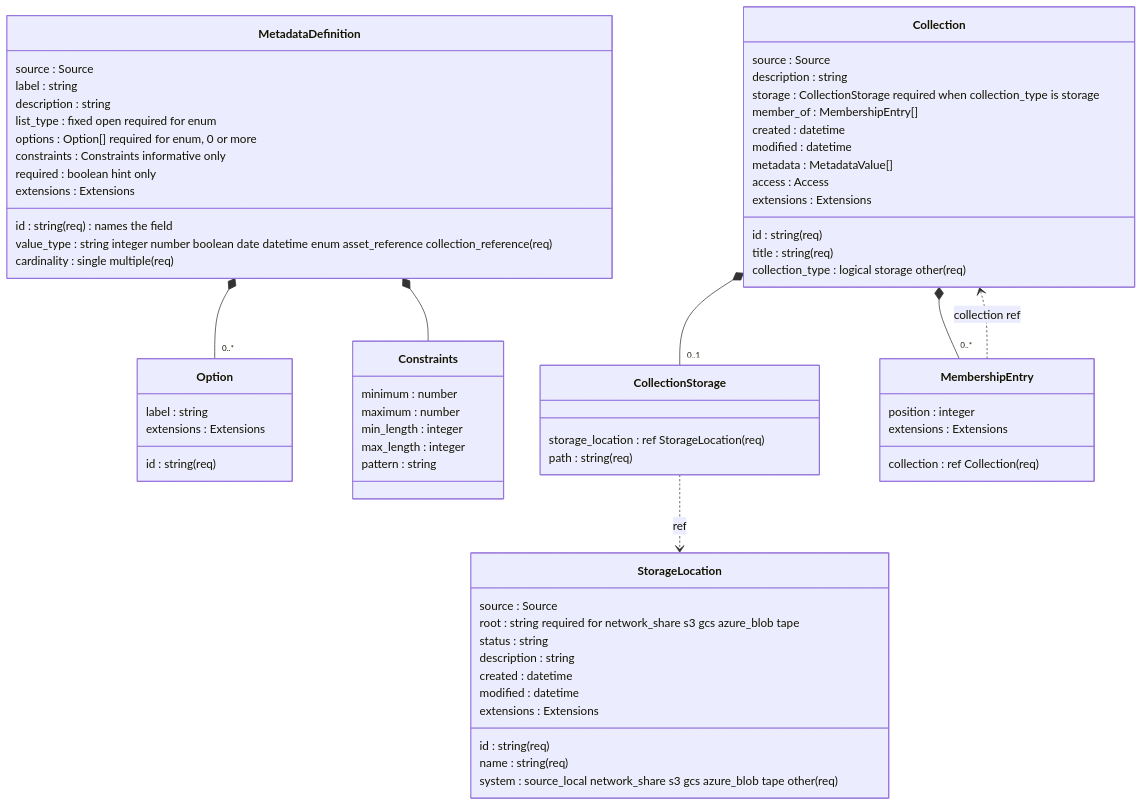
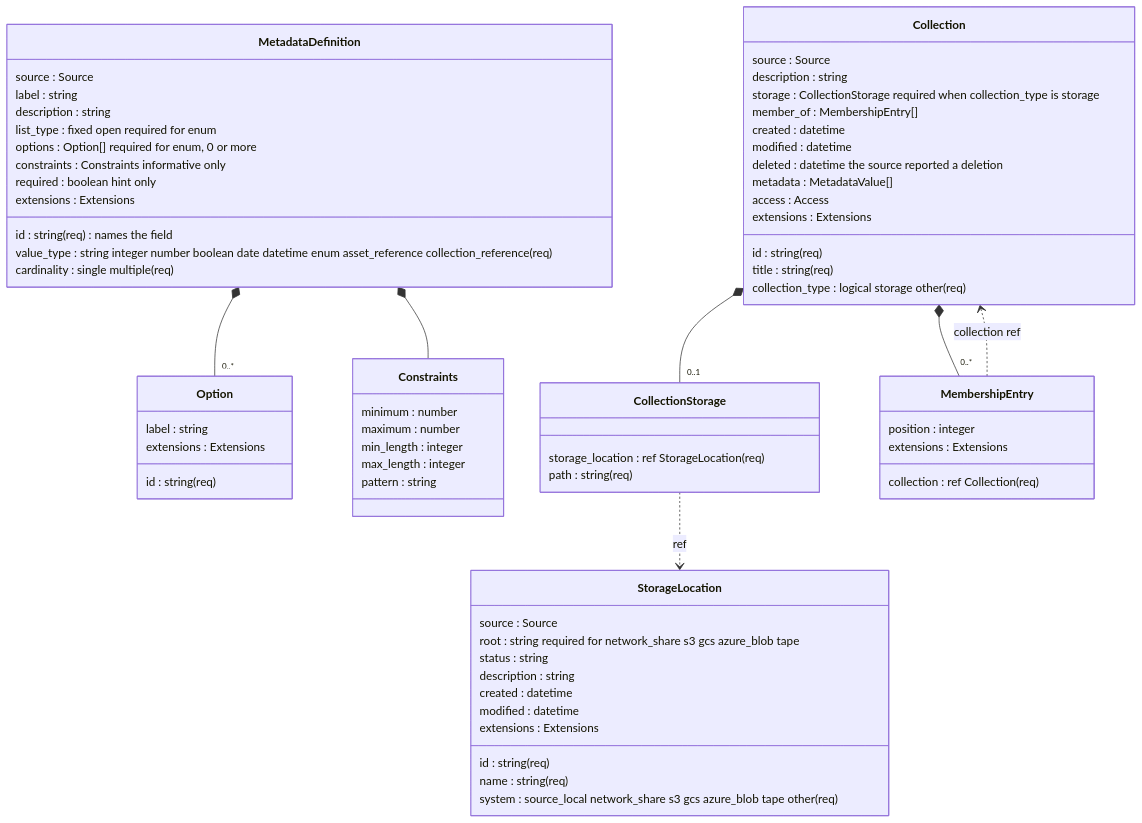
One commit to NorthShoreAutomation/oasis changed the fifth of 13 diagrams in docs/specification/2.0.0-draft.4/DATA-MODEL.md. Above: the diagram before and after it, drawn with Mermaid. The commit also changed other lines of this file and 15 other files, not shown here.

````diff
--- a/docs/specification/2.0.0-draft.4/DATA-MODEL.md
+++ b/docs/specification/2.0.0-draft.4/DATA-MODEL.md
@@ -327,69 +327,70 @@
 ```mermaid
 classDiagram
     class StorageLocation {
         id : string (req)
         source : Source
         name : string (req)
         system : source_local network_share s3 gcs azure_blob tape other (req)
         root : string  required for network_share s3 gcs azure_blob tape
         status : string
         description : string
         created : datetime
         modified : datetime
         extensions : Extensions
     }
     class MetadataDefinition {
         id : string (req)  names the field
         source : Source
         label : string
         description : string
         value_type : string integer number boolean date datetime enum asset_reference collection_reference (req)
         cardinality : single multiple (req)
         list_type : fixed open  required for enum
         options : Option[]  required for enum, 0 or more
         constraints : Constraints  informative only
         required : boolean  hint only
         extensions : Extensions
     }
     class Option {
         id : string (req)
         label : string
         extensions : Extensions
     }
     class Constraints {
         minimum : number
         maximum : number
         min_length : integer
         max_length : integer
         pattern : string
     }
     class Collection {
         id : string (req)
         source : Source
         title : string (req)
         collection_type : logical storage other (req)
         description : string
         storage : CollectionStorage  required when collection_type is storage
         member_of : MembershipEntry[]
         created : datetime
         modified : datetime
+        deleted : datetime  the source reported a deletion
         metadata : MetadataValue[]
         access : Access
         extensions : Extensions
     }
     class CollectionStorage {
         storage_location : ref StorageLocation (req)
         path : string (req)
     }
     class MembershipEntry {
         collection : ref Collection (req)
         position : integer
         extensions : Extensions
     }
     MetadataDefinition *-- "0..*" Option
     MetadataDefinition *-- Constraints
     Collection *-- "0..1" CollectionStorage
     Collection *-- "0..*" MembershipEntry
     MembershipEntry ..> Collection : collection ref
     CollectionStorage ..> StorageLocation : ref
 ```
````
